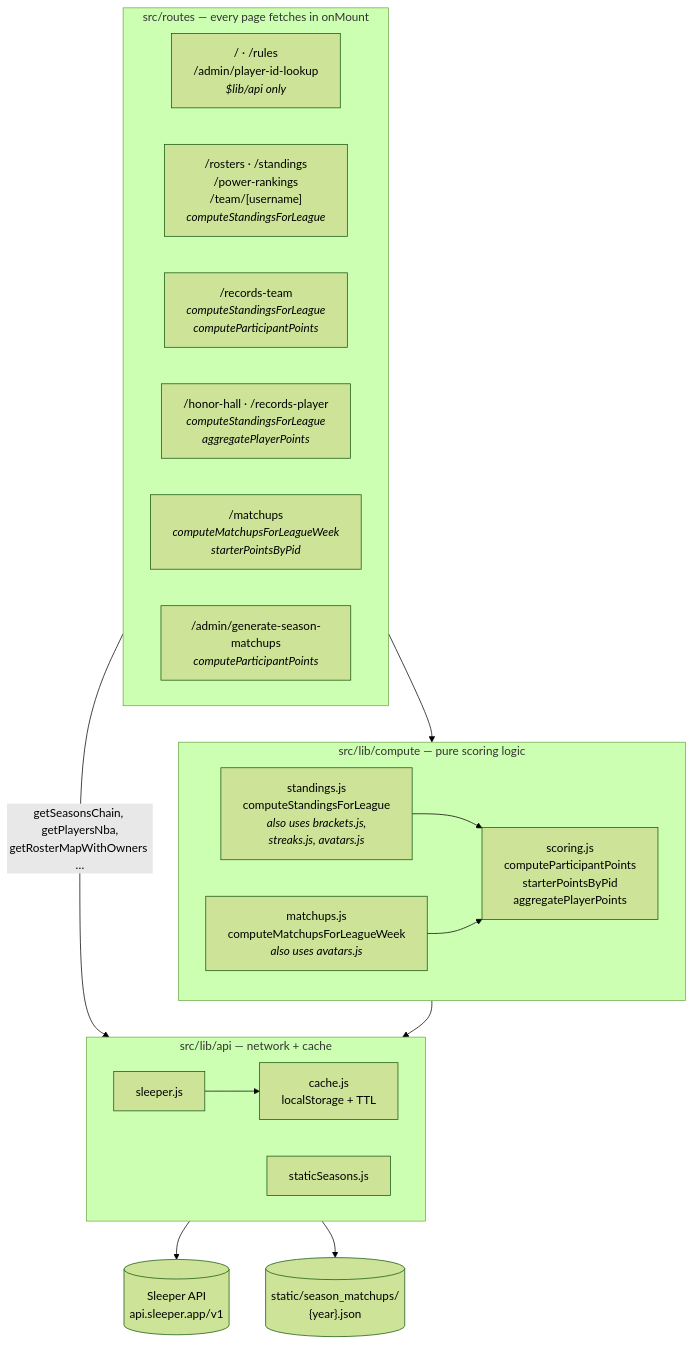
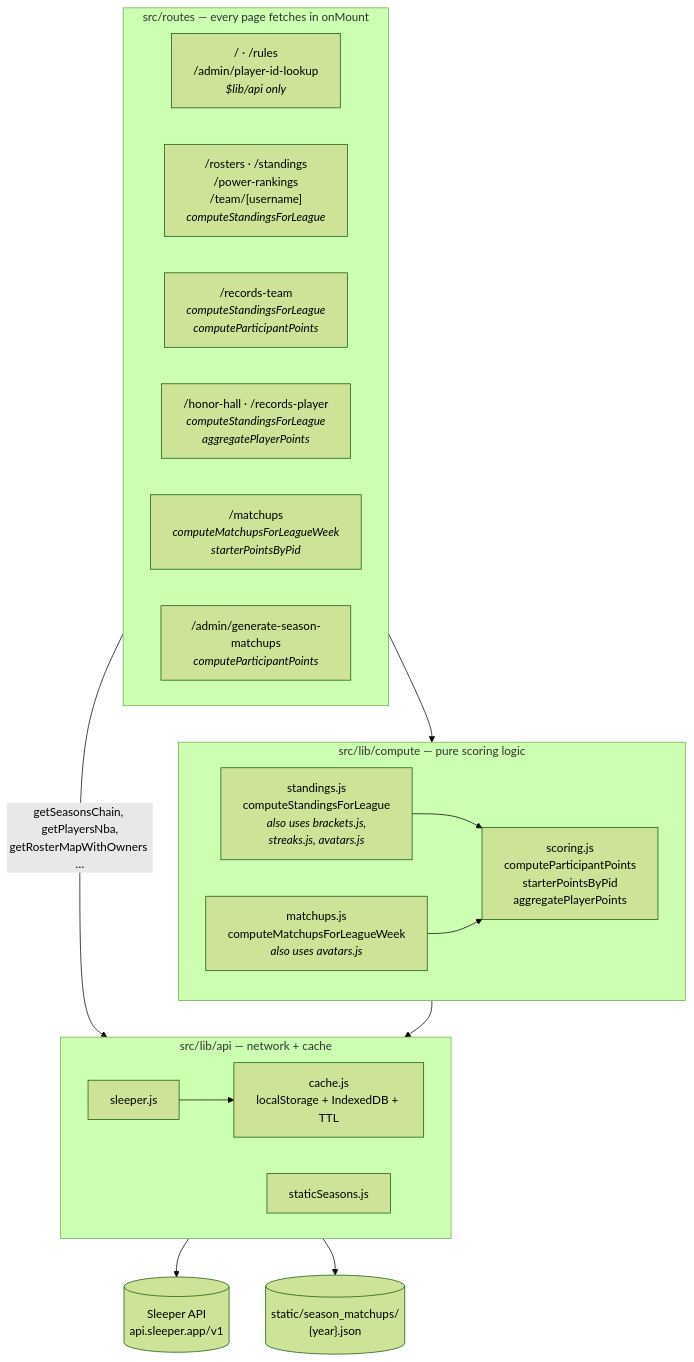
Before and after one commit to itzkybes/bfa-website: the second of 4 diagrams in README.md, drawn with Mermaid (forest theme). The commit also changed other lines of this file and 3 other files, not shown here.

````diff
--- a/README.md
+++ b/README.md
@@ -197,40 +198,40 @@
 ```mermaid
 flowchart TB
     subgraph routes ["src/routes — every page fetches in onMount"]
         direction LR
         apionly["/ · /rules<br/>/admin/player-id-lookup<br/><i>$lib/api only</i>"]
         hub["/rosters · /standings<br/>/power-rankings<br/>/team/[username]<br/><i>computeStandingsForLeague</i>"]
         rteam["/records-team<br/><i>computeStandingsForLeague<br/>computeParticipantPoints</i>"]
         mvp["/honor-hall · /records-player<br/><i>computeStandingsForLeague<br/>aggregatePlayerPoints</i>"]
         mu["/matchups<br/><i>computeMatchupsForLeagueWeek<br/>starterPointsByPid</i>"]
         gen["/admin/generate-season-matchups<br/><i>computeParticipantPoints</i>"]
     end
 
     subgraph compute ["src/lib/compute — pure scoring logic"]
         direction LR
         cs["standings.js<br/>computeStandingsForLeague<br/><i>also uses brackets.js,<br/>streaks.js, avatars.js</i>"]
         cm["matchups.js<br/>computeMatchupsForLeagueWeek<br/><i>also uses avatars.js</i>"]
         sc["scoring.js<br/>computeParticipantPoints<br/>starterPointsByPid<br/>aggregatePlayerPoints"]
     end
 
     subgraph api ["src/lib/api — network + cache"]
         direction LR
         sl["sleeper.js"]
         st["staticSeasons.js"]
-        ca["cache.js<br/>localStorage + TTL"]
+        ca["cache.js<br/>localStorage + IndexedDB + TTL"]
     end
 
     sleeper[("Sleeper API<br/>api.sleeper.app/v1")]
     snap[("static/season_matchups/<br/>{year}.json")]
 
     routes --> compute
     routes -- "getSeasonsChain, getPlayersNba,<br/>getRosterMapWithOwners …" --> api
     compute --> api
 
     cs --> sc
     cm --> sc
 
     sl --> ca
     ca --> sleeper
     st --> snap
 ```
````
